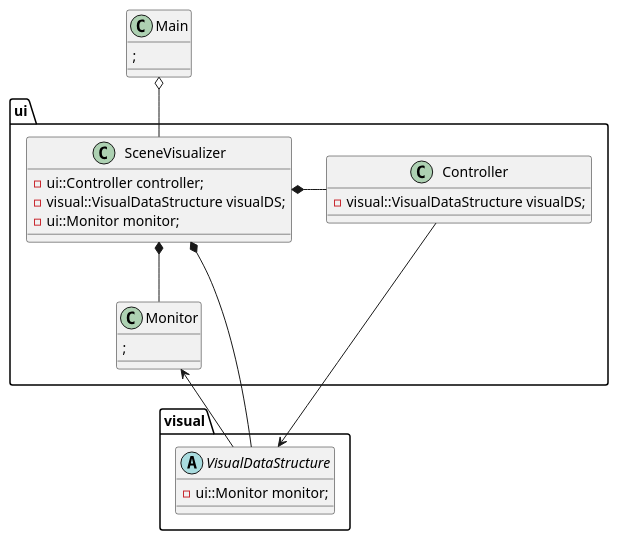
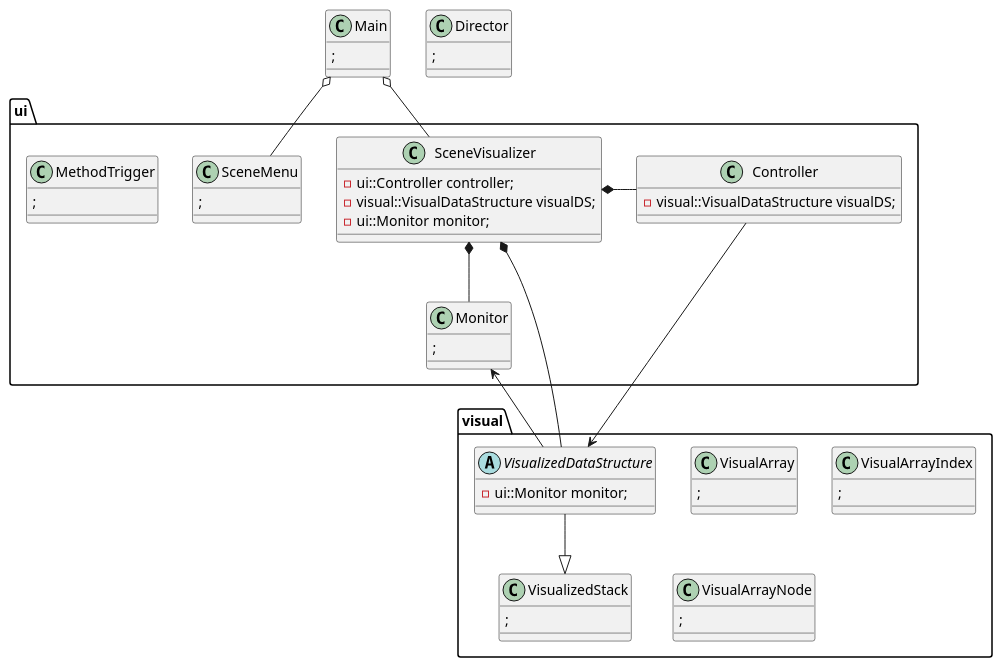
One commit to JM233333/data-structure-visualizer changed the diagram in classDiagram.puml. Above: the diagram before and after it, drawn with PlantUML. The commit also changed 3 other files, not shown here.

```diff
--- a/classDiagram.puml
+++ b/classDiagram.puml
@@ -1,37 +1,64 @@
 @startuml demo
 
 set namespaceSeparator ::
 
 namespace ui {
+	class SceneMenu {
+		;
+	}
 	class SceneVisualizer {
 		- ui::Controller controller;
 		- visual::VisualDataStructure visualDS;
 		- ui::Monitor monitor;
 	}
 	class Controller {
 		- visual::VisualDataStructure visualDS;
 	}
+	class MethodTrigger {
+		;
+	}
 	class Monitor {
 		;
 	}
 }
 
 namespace visual {
-	abstract class VisualDataStructure {
+
+	abstract class VisualizedDataStructure {
 		- ui::Monitor monitor;
 	}
+	class VisualizedStack {
+		;
+	}
+	
+	class VisualArray {
+		;
+	}
+	class VisualArrayIndex {
+		;
+	}
+	class VisualArrayNode {
+		;
+	}
+
+	VisualizedDataStructure --|> VisualizedStack
 }
 
 class Main {
 	;
 }
 
+class Director {
+	;
+}
+
+Main o-- ui::SceneMenu
 Main o-- ui::SceneVisualizer
 
 ui::SceneVisualizer *- ui::Controller
-ui::SceneVisualizer *-- visual::VisualDataStructure
+ui::SceneVisualizer *-- visual::VisualizedDataStructure
 ui::SceneVisualizer *-- ui::Monitor
-ui::Controller -down-> visual::VisualDataStructure
-visual::VisualDataStructure -up-> ui::Monitor
+ui::Controller -down-> visual::VisualizedDataStructure
+visual::VisualizedDataStructure -up-> ui::Monitor
 
 @enduml
```
